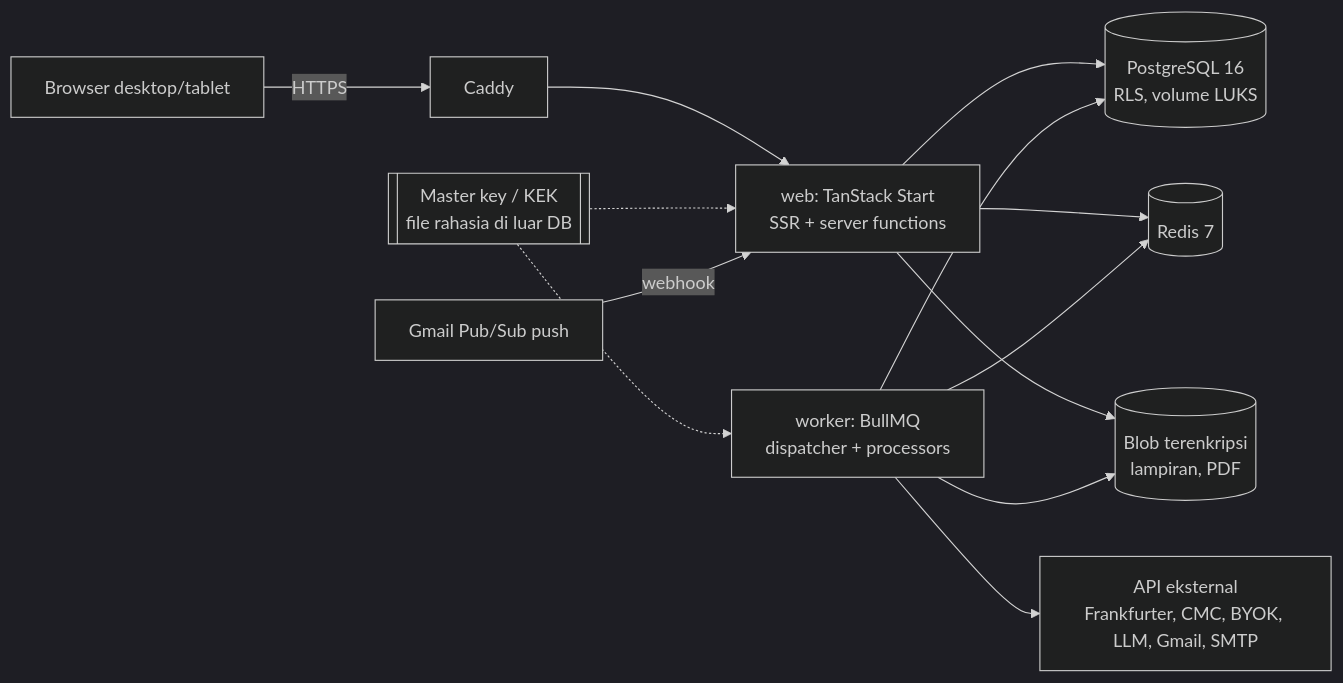
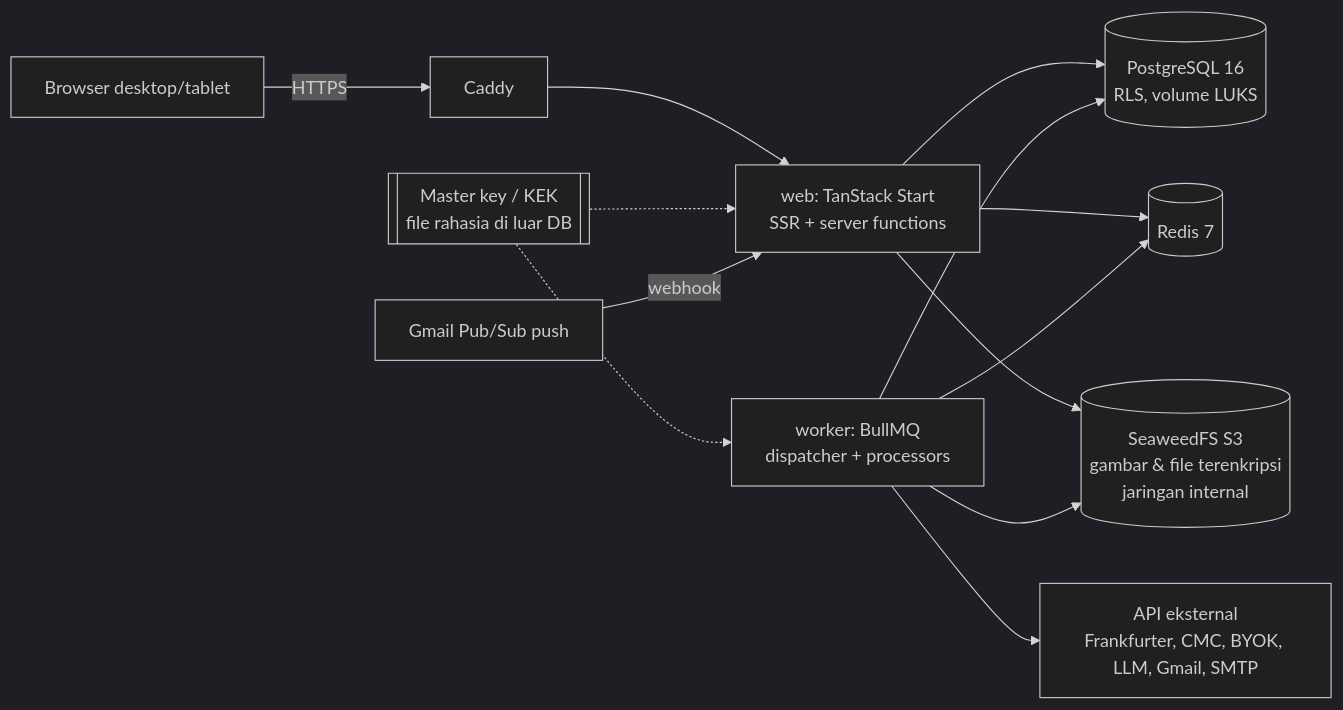
Before and after one commit to avtara/write.financial: the first of 2 diagrams in docs/IMPLEMENTATION_PLAN.md, drawn with Mermaid (dark theme). The commit also changed other lines of this file and 1 other file, not shown here.

First line of the commit message:
docs: SeaweedFS sebagai object storage gambar & file (D25)

````diff
--- a/docs/IMPLEMENTATION_PLAN.md
+++ b/docs/IMPLEMENTATION_PLAN.md
@@ -11,15 +11,15 @@
 ```mermaid
 flowchart LR
   B[Browser desktop/tablet] -->|HTTPS| C[Caddy]
   C --> W[web: TanStack Start<br/>SSR + server functions]
   W --> PG[(PostgreSQL 16<br/>RLS, volume LUKS)]
   W --> R[(Redis 7)]
   K[worker: BullMQ<br/>dispatcher + processors] --> R
   K --> PG
   K --> X[API eksternal<br/>Frankfurter, CMC, BYOK, LLM, Gmail, SMTP]
-  W --> S[(Blob terenkripsi<br/>lampiran, PDF)]
+  W --> S[(SeaweedFS S3<br/>gambar & file terenkripsi<br/>jaringan internal)]
   K --> S
   KMS[[Master key / KEK<br/>file rahasia di luar DB]] -.-> W
   KMS -.-> K
   G[Gmail Pub/Sub push] -->|webhook| W
 ```
````
